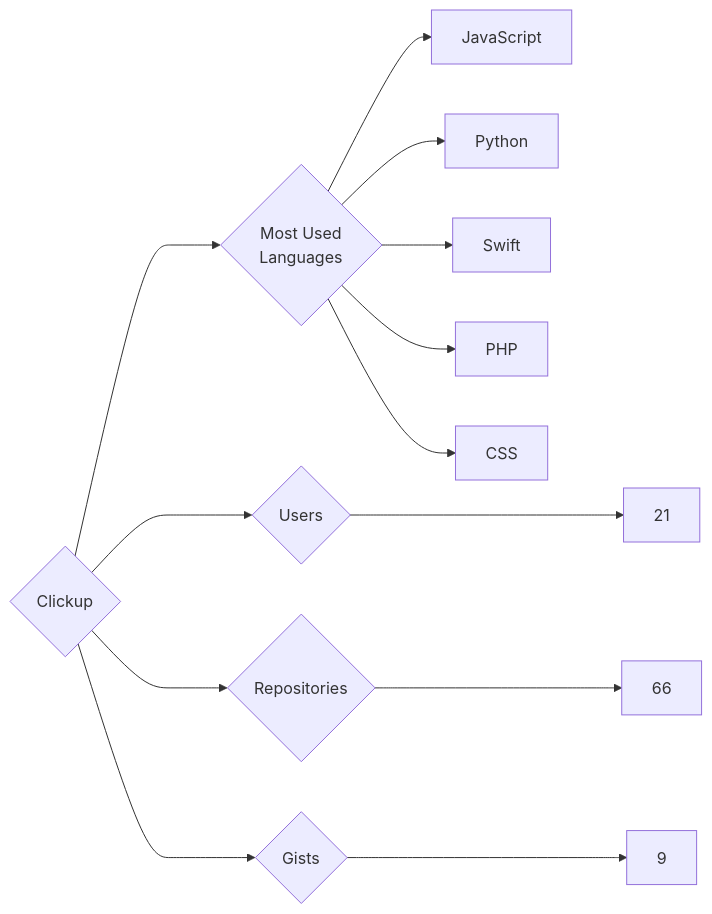
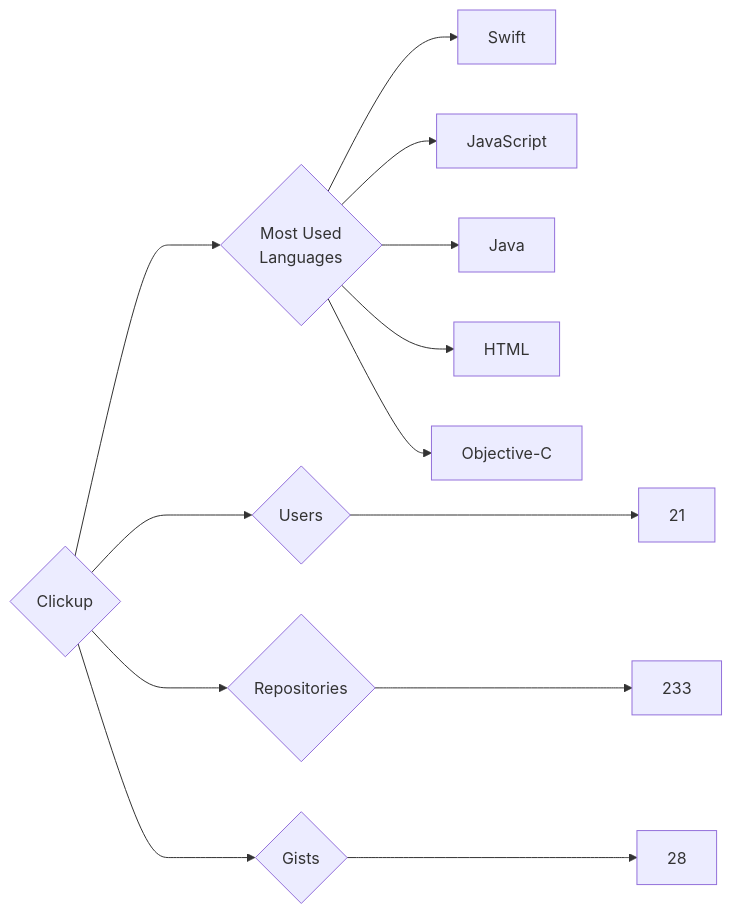
Before and after one commit to trickest/insiders: the diagram in targets/Clickup/README.md, drawn with Mermaid. The commit also changed 748 other files, not shown here.

````diff
--- a/targets/Clickup/README.md
+++ b/targets/Clickup/README.md
@@ -3,13 +3,13 @@
 ```mermaid
 graph LR
 COMPANY_NAME{Clickup}
 COMPANY_NAME ---> U{Users} ---> UN[21]
-COMPANY_NAME ---> R{Repositories} ---> RN[66]
-COMPANY_NAME ---> G{Gists} ---> GN[9]
+COMPANY_NAME ---> R{Repositories} ---> RN[233]
+COMPANY_NAME ---> G{Gists} ---> GN[28]
 COMPANY_NAME ---> ML{Most Used<br>Languages}
+ML --> Swift[Swift]
 ML --> JavaScript[JavaScript]
-ML --> Python[Python]
-ML --> Swift[Swift]
-ML --> PHP[PHP]
-ML --> CSS[CSS]
+ML --> Java[Java]
+ML --> HTML[HTML]
+ML --> Objective-C[Objective-C]
 ```
````
